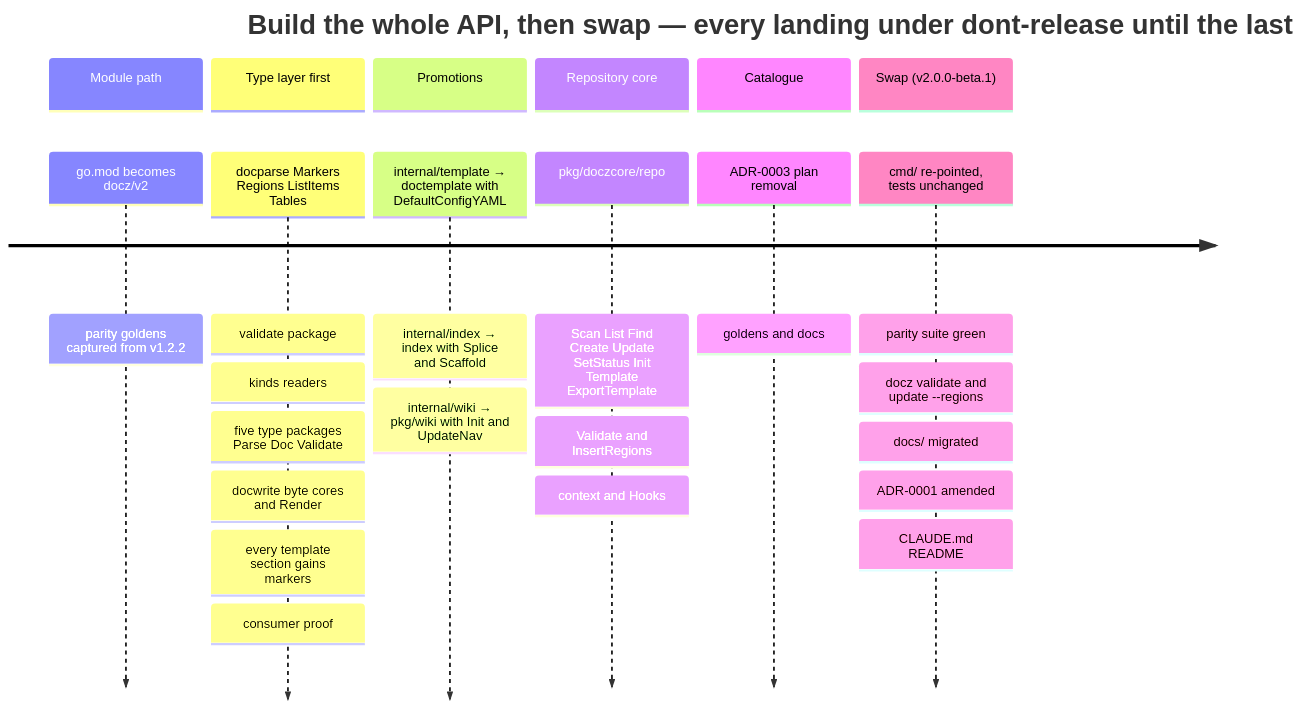
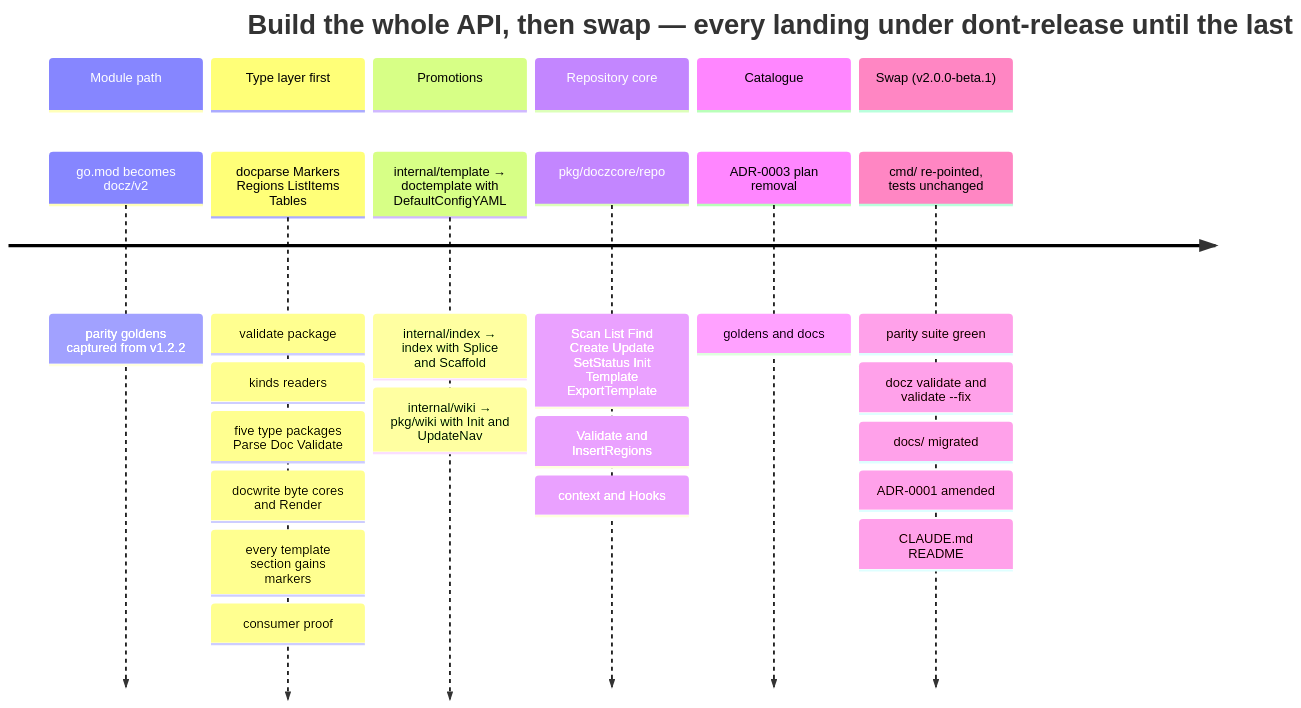
Before and after one commit to donaldgifford/docz: diagram 15 of 16 in docs/design/0014-the-docz-api-as-one-unit-packages-types-functions-and-the-cmd.md, drawn with Mermaid. The commit also changed other lines of this file and 3 other files, not shown here.

First line of the commit message:
docs: documents without markers parse by inference; docz validate --fix replaces update --regions

````diff
--- a/docs/design/0014-the-docz-api-as-one-unit-packages-types-functions-and-the-cmd.md
+++ b/docs/design/0014-the-docz-api-as-one-unit-packages-types-functions-and-the-cmd.md
@@ -1645,16 +1694,16 @@
 ```mermaid
 timeline
   title Build the whole API, then swap — every landing under dont-release until the last
   section Module path
     go.mod becomes docz/v2 : parity goldens captured from v1.2.2
   section Type layer first
     docparse Markers Regions ListItems Tables : validate package : kinds readers : five type packages Parse Doc Validate : docwrite byte cores and Render : every template section gains markers : consumer proof
   section Promotions
     internal/template → doctemplate with DefaultConfigYAML : internal/index → index with Splice and Scaffold : internal/wiki → pkg/wiki with Init and UpdateNav
   section Repository core
     pkg/doczcore/repo : Scan List Find Create Update SetStatus Init Template ExportTemplate : Validate and InsertRegions : context and Hooks
   section Catalogue
     ADR-0003 plan removal : goldens and docs
   section Swap (v2.0.0-beta.1)
-    cmd/ re-pointed, tests unchanged : parity suite green : docz validate and update --regions : docs/ migrated : ADR-0001 amended : CLAUDE.md README
+    cmd/ re-pointed, tests unchanged : parity suite green : docz validate and validate --fix : docs/ migrated : ADR-0001 amended : CLAUDE.md README
 ```
````
